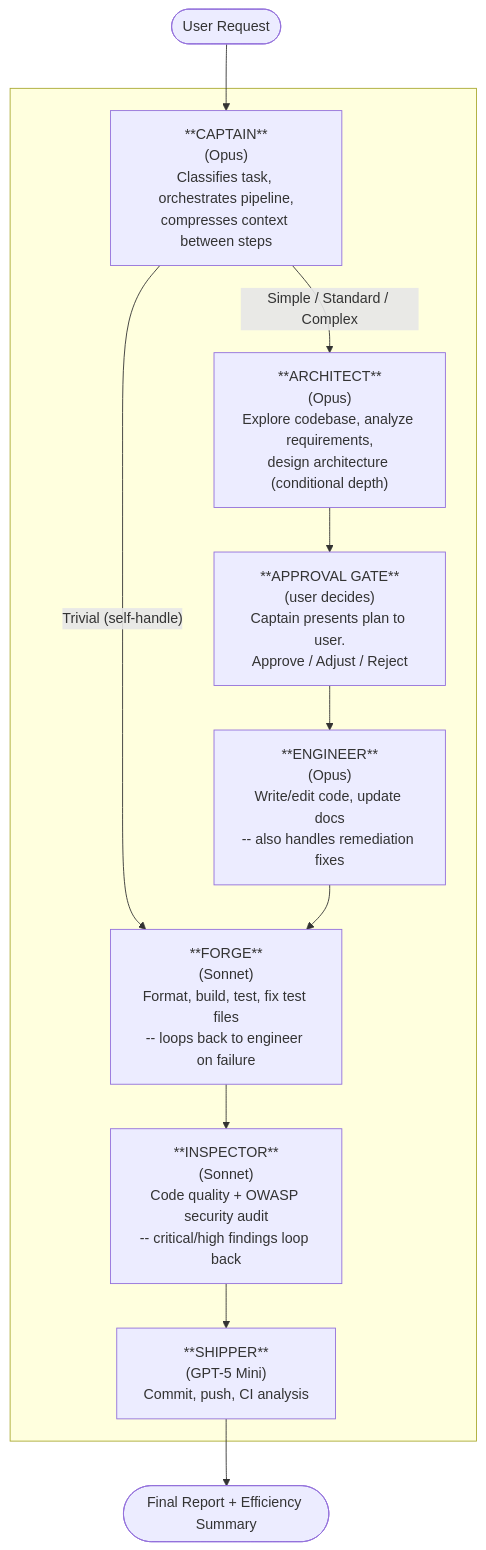
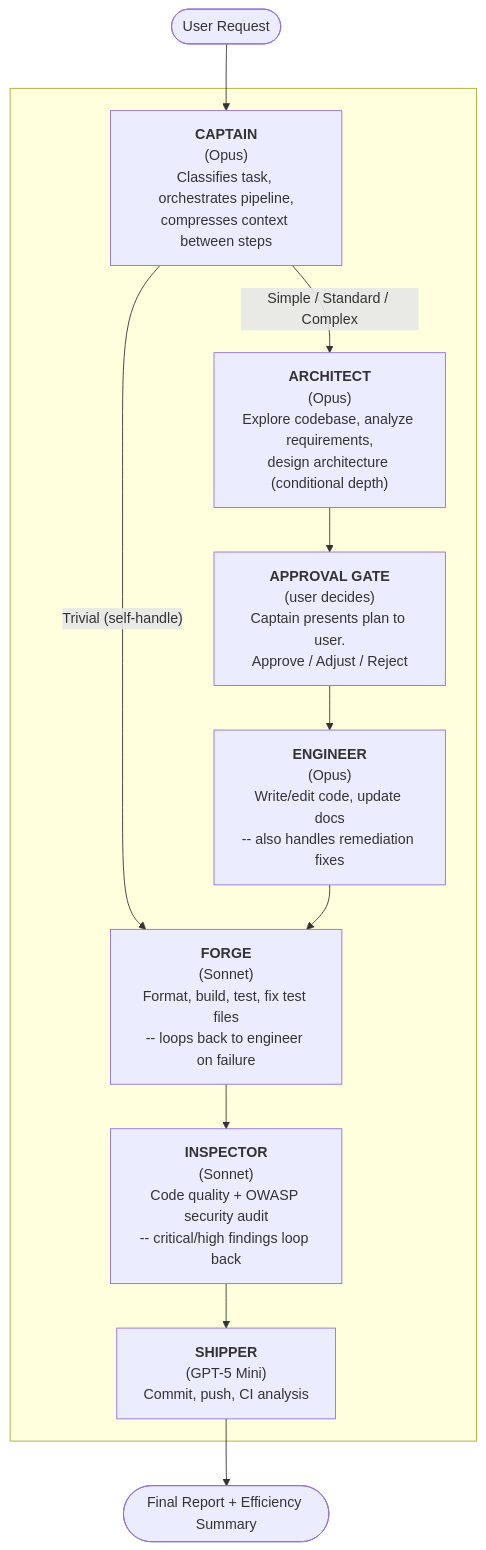
The fifth of 5 diagrams in README.md (san3jaya/agent-team-pipeline), drawn with Mermaid before and after one commit. The commit also changed other lines of this file, not shown here.

````diff
--- a/README.md
+++ b/README.md
@@ -279,31 +279,31 @@
 ```mermaid
 graph TD
     UserRequest([User Request]) --> Captain
 
     subgraph " "
-    Captain["**CAPTAIN**<br/>(Opus)<br/>Classifies task, orchestrates pipeline,<br/>compresses context between steps"]
+    Captain["<b>CAPTAIN</b><br/>(Opus)<br/>Classifies task, orchestrates pipeline,<br/>compresses context between steps"]
     
-    Architect["**ARCHITECT**<br/>(Opus)<br/>Explore codebase, analyze requirements,<br/>design architecture (conditional depth)"]
+    Architect["<b>ARCHITECT</b><br/>(Opus)<br/>Explore codebase, analyze requirements,<br/>design architecture (conditional depth)"]
     
-    Gate["**APPROVAL GATE**<br/>(user decides)<br/>Captain presents plan to user.<br/>Approve / Adjust / Reject"]
+    Gate["<b>APPROVAL GATE</b><br/>(user decides)<br/>Captain presents plan to user.<br/>Approve / Adjust / Reject"]
     
-    Engineer["**ENGINEER**<br/>(Opus)<br/>Write/edit code, update docs<br/>-- also handles remediation fixes"]
+    Engineer["<b>ENGINEER</b><br/>(Opus)<br/>Write/edit code, update docs<br/>-- also handles remediation fixes"]
     
-    Forge["**FORGE**<br/>(Sonnet)<br/>Format, build, test, fix test files<br/>-- loops back to engineer on failure"]
+    Forge["<b>FORGE</b><br/>(Sonnet)<br/>Format, build, test, fix test files<br/>-- loops back to engineer on failure"]
     
-    Inspector["**INSPECTOR**<br/>(Sonnet)<br/>Code quality + OWASP security audit<br/>-- critical/high findings loop back"]
+    Inspector["<b>INSPECTOR</b><br/>(Sonnet)<br/>Code quality + OWASP security audit<br/>-- critical/high findings loop back"]
     
-    Shipper["**SHIPPER**<br/>(GPT-5 Mini)<br/>Commit, push, CI analysis"]
+    Shipper["<b>SHIPPER</b><br/>(GPT-5 Mini)<br/>Commit, push, CI analysis"]
     end
 
     Captain -- "Simple / Standard / Complex" --> Architect
     Captain -- "Trivial (self-handle)" --> Forge
     
     Architect --> Gate
     Gate --> Engineer
     Engineer --> Forge
     Forge --> Inspector
     Inspector --> Shipper
     
     Shipper --> Report([Final Report + Efficiency Summary])
 ```
````
